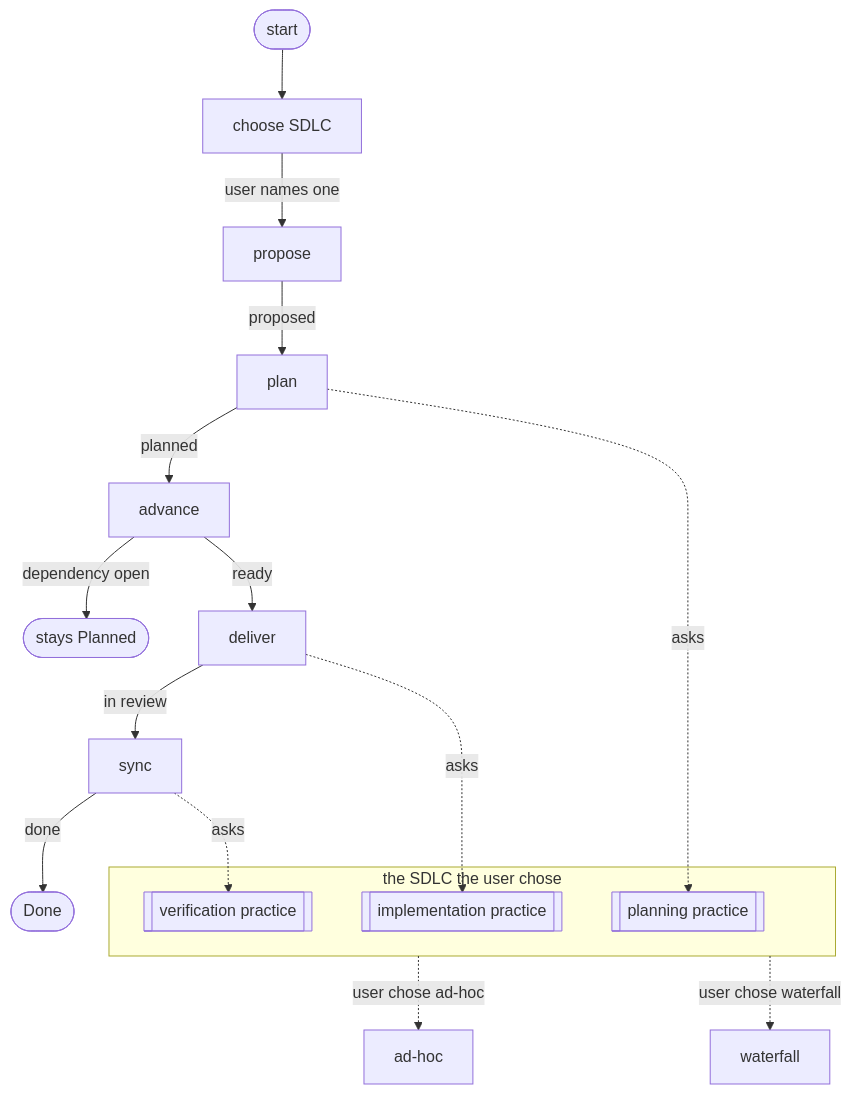
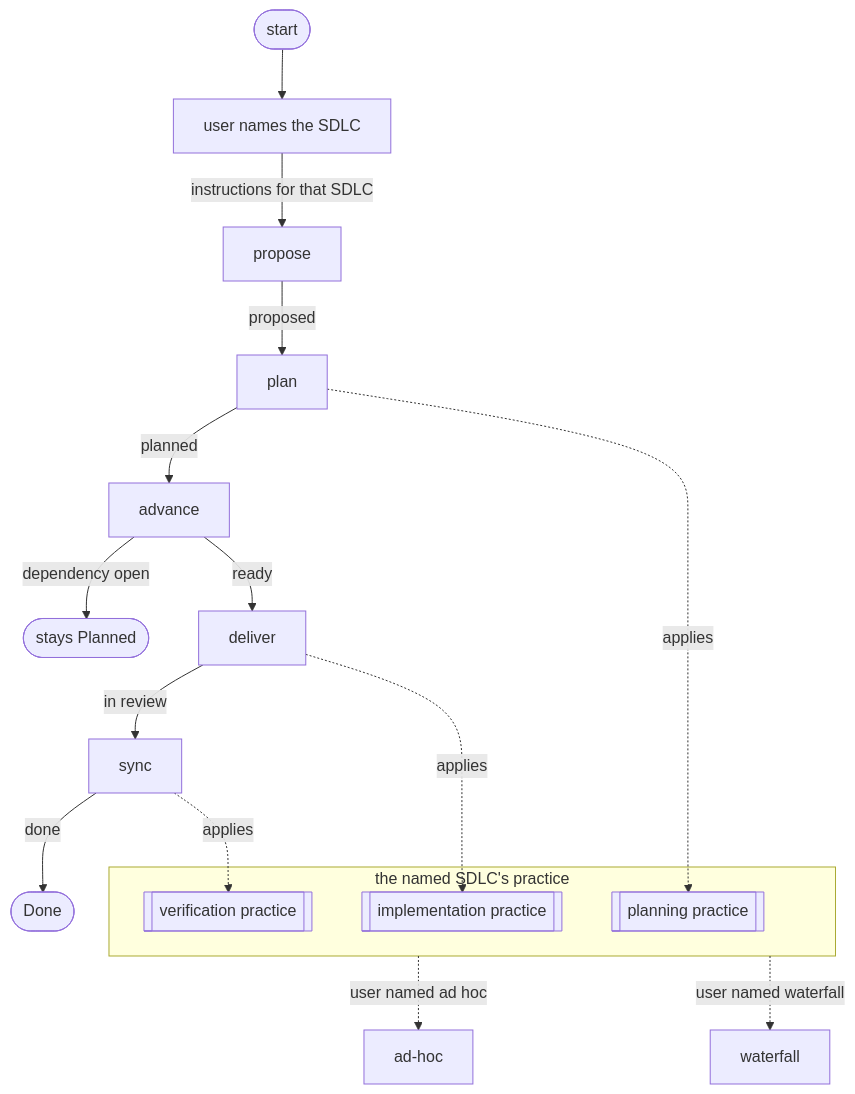
One commit to m2ux/prosiform changed the diagram in example/project-lifecycle/README.md. Above: the diagram before and after it, drawn with Mermaid. The commit also changed other lines of this file and 16 other files, not shown here.

````diff
--- a/example/project-lifecycle/README.md
+++ b/example/project-lifecycle/README.md
@@ -9,21 +11,21 @@
 ```mermaid
 flowchart TD
-  start(["start"]) --> choose["choose SDLC"]
-  choose -->|user names one| propose["propose"]
+  start(["start"]) --> name["user names the SDLC"]
+  name -->|instructions for that SDLC| propose["propose"]
   propose -->|proposed| plan["plan"]
   plan -->|planned| advance["advance"]
   advance -->|dependency open| held(["stays Planned"])
   advance -->|ready| deliver["deliver"]
   deliver -->|in review| sync["sync"]
   sync -->|done| done(["Done"])
-  plan -.->|asks| planning[["planning practice"]]
-  deliver -.->|asks| implementing[["implementation practice"]]
-  sync -.->|asks| verifying[["verification practice"]]
-  subgraph sdlc["the SDLC the user chose"]
+  plan -.->|applies| planning[["planning practice"]]
+  deliver -.->|applies| implementing[["implementation practice"]]
+  sync -.->|applies| verifying[["verification practice"]]
+  subgraph sdlc["the named SDLC's practice"]
     planning
     implementing
     verifying
   end
-  sdlc -.->|user chose ad-hoc| adhoc["ad-hoc"]
-  sdlc -.->|user chose waterfall| waterfall["waterfall"]
+  sdlc -.->|user named ad hoc| adhoc["ad-hoc"]
+  sdlc -.->|user named waterfall| waterfall["waterfall"]
 ```
````
